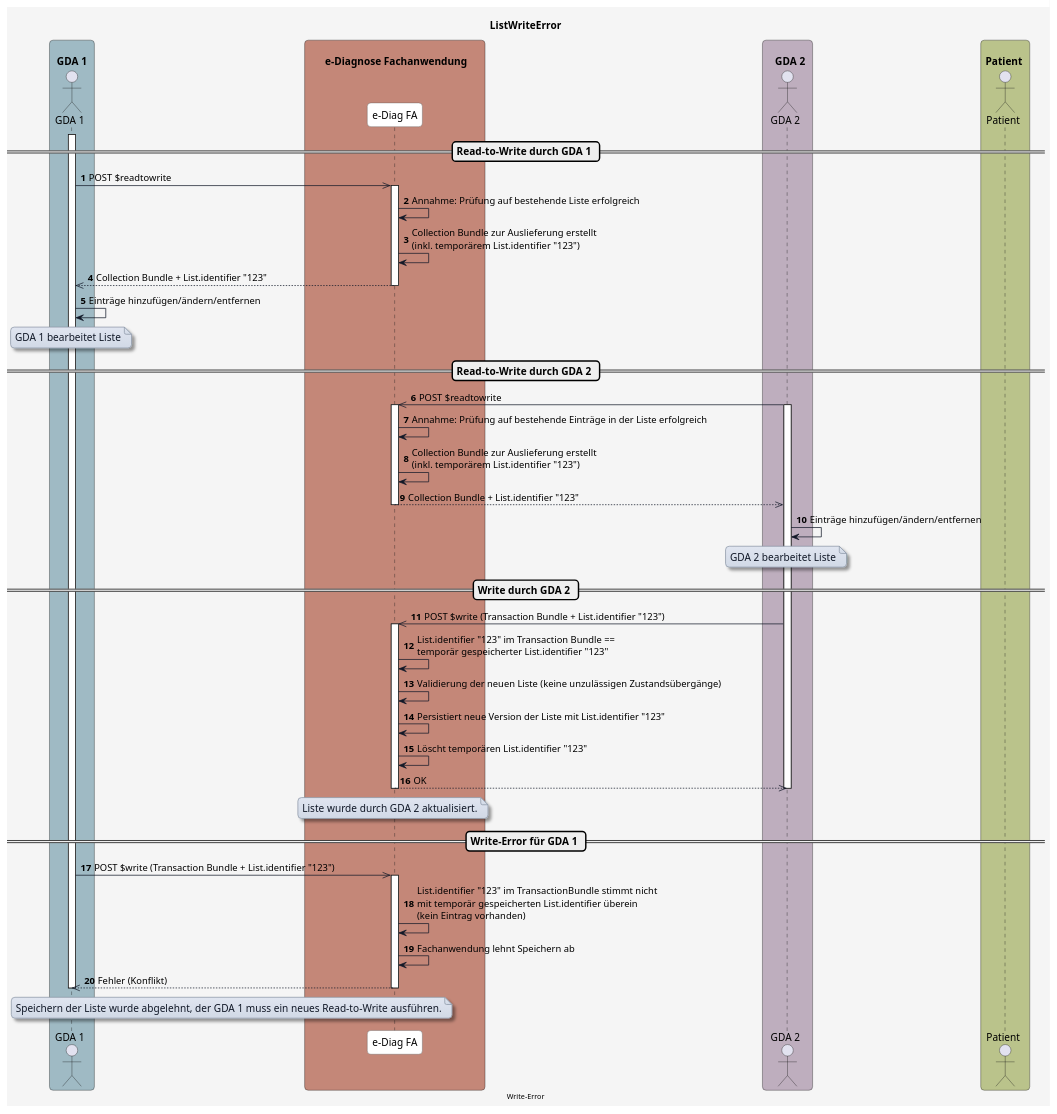
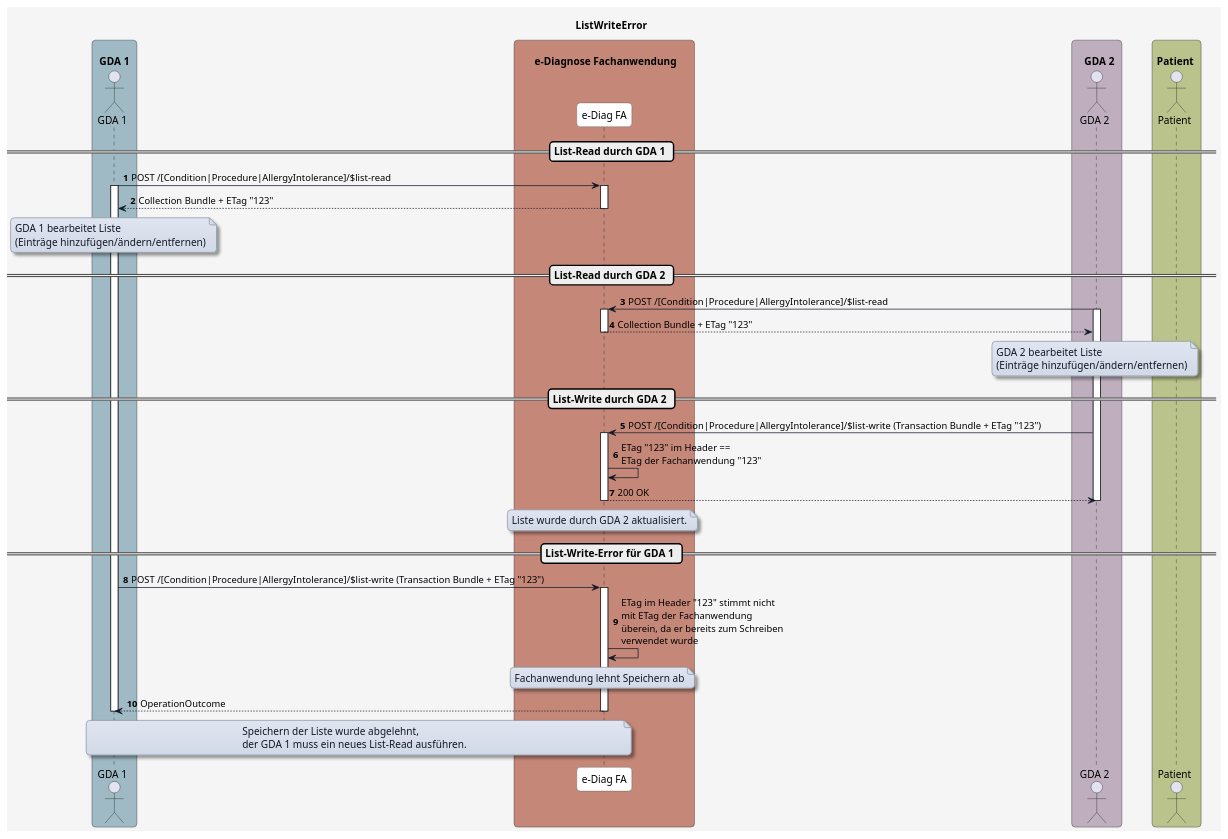
Before and after one commit to HL7Austria/ELGA-e-Diagnose-R4: the diagram in plantuml/diagram_write_error.plantuml, drawn with PlantUML. The commit also changed 8 other files, not shown here.

```diff
--- a/plantuml/diagram_write_error.plantuml
+++ b/plantuml/diagram_write_error.plantuml
@@ -1,133 +1,124 @@
 @startuml
 title ListWriteError
 
 skinparam borderColor #000000
 skinparam backgroundColor #f5f5f5
 skinparam shadowing false
 skinparam roundCorner 10
 skinparam defaultFontName "Arial"
 skinparam defaultFontSize 14
 skinparam defaultFontColor #000000
 
 skinparam note {
   BackgroundColor #e0e5f0-#d1d9e6
   BorderColor #8b95a5
   BorderThickness 1
   RoundCorner 8
   Padding 6
   FontColor #111827
   Shadowing true
 }
 
 skinparam HyperlinkColor #0000EE
 skinparam HyperlinkUnderline false
 
 skinparam sequence {
   ParticipantBorderColor #555555
   ParticipantBackgroundColor #ffffff
   ParticipantFontColor #000000
   ParticipantFontSize 14
   ParticipantPadding 20
   ArrowColor #111827
   ArrowThickness 1
   ArrowFontColor #000000
   ArrowFontSize 13
   GroupBorderColor #111827
   GroupBackgroundColor #eef2ff
   GroupBorderThickness 2
 }
 
 skinparam BoxPadding 20
 skinparam BoxBorderColor #555555
 
 box "\n  GDA 1  " #9fbac4
   actor GDA_1 as "GDA 1"
 end box
 
 box "\n       e-Diagnose Fachanwendung      " #C48778
   participant eDiag_FA as "e-Diag FA"
 end box
 
 box "\n    GDA 2  " #beaebe
   actor GDA_2 as "GDA 2"
 end box
 
 box "\n Patient  " #bac38b
   actor Patient as "Patient"
 end box
 
 
 autonumber
 
- 
-== Read-to-Write durch GDA 1 ==
+ == List-Read durch GDA 1 ==
+
+GDA_1 -> eDiag_FA: POST /[Condition|Procedure|AllergyIntolerance]/$list-read
 activate GDA_1
-GDA_1 ->> eDiag_FA: POST $readtowrite
 
 activate eDiag_FA
-eDiag_FA -> eDiag_FA: Annahme: Prüfung auf bestehende Liste erfolgreich
-eDiag_FA -> eDiag_FA: Collection Bundle zur Auslieferung erstellt\n(inkl. temporärem List.identifier "123")
-
-eDiag_FA -->> GDA_1: Collection Bundle + List.identifier "123"
+eDiag_FA --> GDA_1: Collection Bundle + ETag "123"
 deactivate eDiag_FA
-
-GDA_1 -> GDA_1: Einträge hinzufügen/ändern/entfernen
 
 note over GDA_1
 GDA 1 bearbeitet Liste
+(Einträge hinzufügen/ändern/entfernen)
 end note
 
-== Read-to-Write durch GDA 2 ==
+== List-Read durch GDA 2 ==
 
-GDA_2 ->> eDiag_FA: POST $readtowrite
+GDA_2 -> eDiag_FA: POST /[Condition|Procedure|AllergyIntolerance]/$list-read
 activate GDA_2
 
 activate eDiag_FA
-eDiag_FA -> eDiag_FA: Annahme: Prüfung auf bestehende Einträge in der Liste erfolgreich
-eDiag_FA -> eDiag_FA: Collection Bundle zur Auslieferung erstellt\n(inkl. temporärem List.identifier "123")
 
-eDiag_FA -->> GDA_2: Collection Bundle + List.identifier "123"
+eDiag_FA --> GDA_2: Collection Bundle + ETag "123"
 deactivate eDiag_FA
-
-GDA_2 -> GDA_2: Einträge hinzufügen/ändern/entfernen
 
 note over GDA_2
 GDA 2 bearbeitet Liste
+(Einträge hinzufügen/ändern/entfernen)
 end note
 
-== Write durch GDA 2 ==
+== List-Write durch GDA 2 ==
 
-GDA_2 ->> eDiag_FA: POST $write (Transaction Bundle + List.identifier "123")
+GDA_2 -> eDiag_FA: POST /[Condition|Procedure|AllergyIntolerance]/$list-write (Transaction Bundle + ETag "123")
 
 activate eDiag_FA
-eDiag_FA -> eDiag_FA: List.identifier "123" im Transaction Bundle ==\ntemporär gespeicherter List.identifier "123"
-eDiag_FA -> eDiag_FA: Validierung der neuen Liste (keine unzulässigen Zustandsübergänge)
-eDiag_FA -> eDiag_FA: Persistiert neue Version der Liste mit List.identifier "123"
-eDiag_FA -> eDiag_FA: Löscht temporären List.identifier "123"
-eDiag_FA -->> GDA_2: OK 
+eDiag_FA -> eDiag_FA: ETag "123" im Header ==\nETag der Fachanwendung "123"
+eDiag_FA --> GDA_2: 200 OK 
 deactivate GDA_2
 
 note over eDiag_FA
 Liste wurde durch GDA 2 aktualisiert.
 end note
 
 deactivate eDiag_FA
 
-== Write-Error für GDA 1 ==
+== List-Write-Error für GDA 1 ==
 
-GDA_1 ->> eDiag_FA: POST $write (Transaction Bundle + List.identifier "123")
+GDA_1 -> eDiag_FA: POST /[Condition|Procedure|AllergyIntolerance]/$list-write (Transaction Bundle + ETag "123")
 
 activate eDiag_FA
-eDiag_FA -> eDiag_FA: List.identifier "123" im TransactionBundle stimmt nicht\nmit temporär gespeicherten List.identifier überein\n(kein Eintrag vorhanden)
-eDiag_FA -> eDiag_FA: Fachanwendung lehnt Speichern ab
-eDiag_FA -->> GDA_1: Fehler (Konflikt)
+eDiag_FA -> eDiag_FA: ETag im Header "123" stimmt nicht\nmit ETag der Fachanwendung\nüberein, da er bereits zum Schreiben\nverwendet wurde
+note over eDiag_FA
+Fachanwendung lehnt Speichern ab
+end note
+eDiag_FA --> GDA_1: OperationOutcome
 deactivate GDA_1
 note over eDiag_FA, GDA_1
-Speichern der Liste wurde abgelehnt, der GDA 1 muss ein neues Read-to-Write ausführen.
+Speichern der Liste wurde abgelehnt,
+der GDA 1 muss ein neues List-Read ausführen.
 end note
 
 deactivate eDiag_FA
 
-center footer Write-Error
-
 @enduml
```
